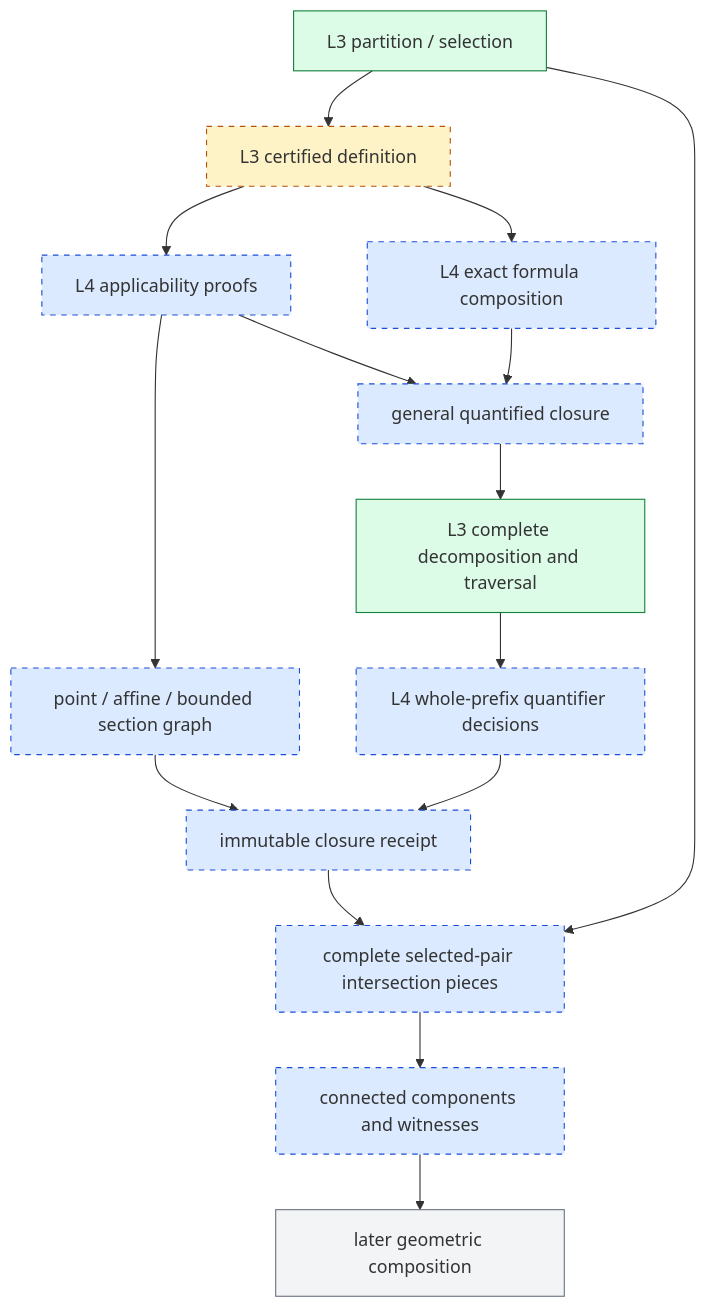
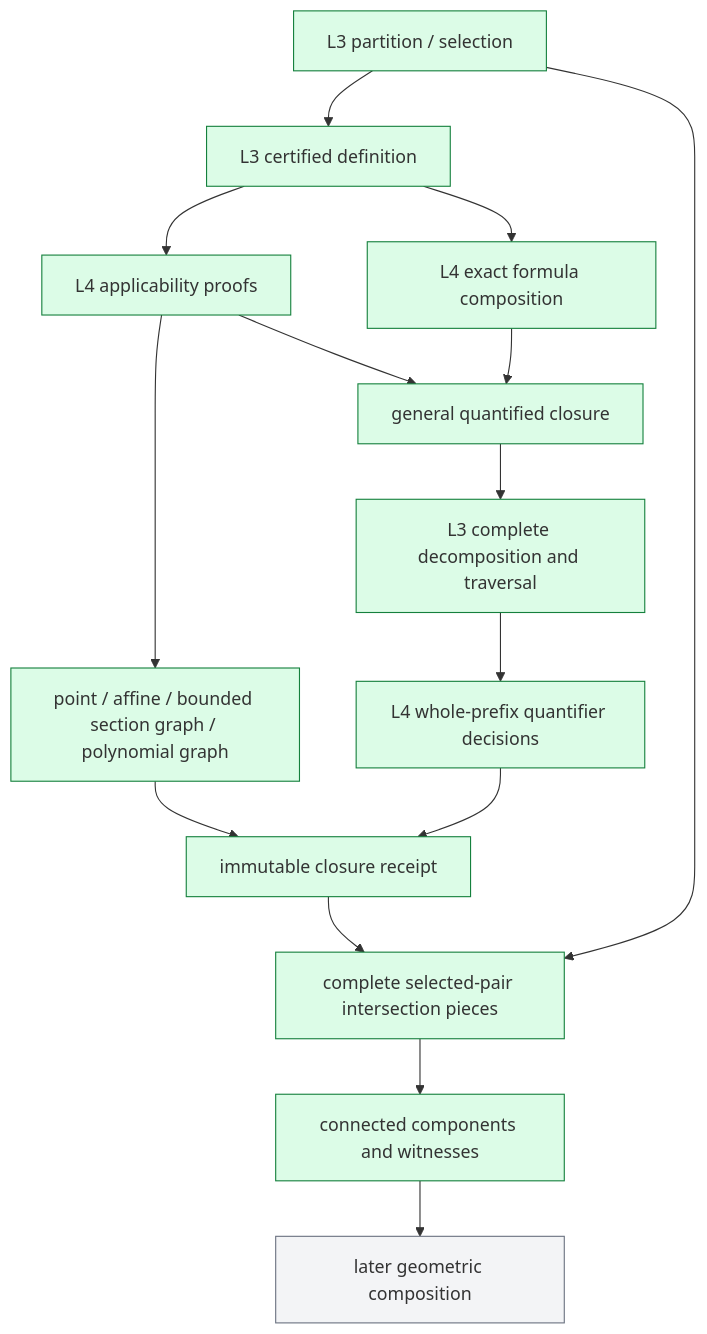
The first of 3 diagrams in Sources/CADGeometry/RationalBivariateAlgebra/ExactRealTopology/DESIGN.md (1amageek/swift-CAD), drawn with Mermaid before and after one commit. The commit also changed other lines of this file and 63 other files, not shown here.

````diff
--- a/Sources/CADGeometry/RationalBivariateAlgebra/ExactRealTopology/DESIGN.md
+++ b/Sources/CADGeometry/RationalBivariateAlgebra/ExactRealTopology/DESIGN.md
@@ -72,25 +74,21 @@
 ```mermaid
 flowchart TD
     S["L3 partition / selection"] --> D["L3 certified definition"]
     D --> F["L4 exact formula composition"]
     D --> H["L4 applicability proofs"]
-    H --> P["point / affine / bounded section graph"]
+    H --> P["point / affine / bounded section graph / polynomial graph"]
     H --> Q["general quantified closure"]
     F --> Q
     Q --> C["L3 complete decomposition and traversal"]
     C --> T["L4 whole-prefix quantifier decisions"]
     P --> R["immutable closure receipt"]
     T --> R
     R --> I["complete selected-pair intersection pieces"]
     S --> I
     I --> G["connected components and witnesses"]
     G --> U["later geometric composition"]
     classDef verified fill:#dcfce7,stroke:#15803d
-    classDef proposed fill:#fef3c7,stroke:#b45309,stroke-dasharray:5 5
-    classDef designed fill:#dbeafe,stroke:#1d4ed8,stroke-dasharray:5 5
     classDef outside fill:#f3f4f6,stroke:#6b7280
-    class S,C verified
-    class D proposed
-    class F,H,P,Q,T,R,I,G designed
+    class S,C,D,F,H,P,Q,T,R,I,G verified
     class U outside
 ```
````
